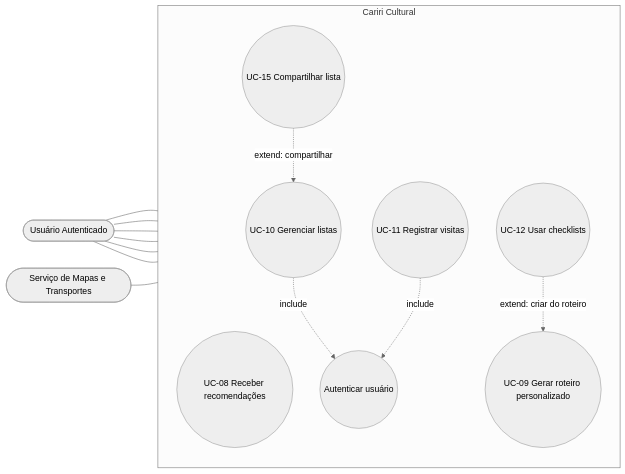
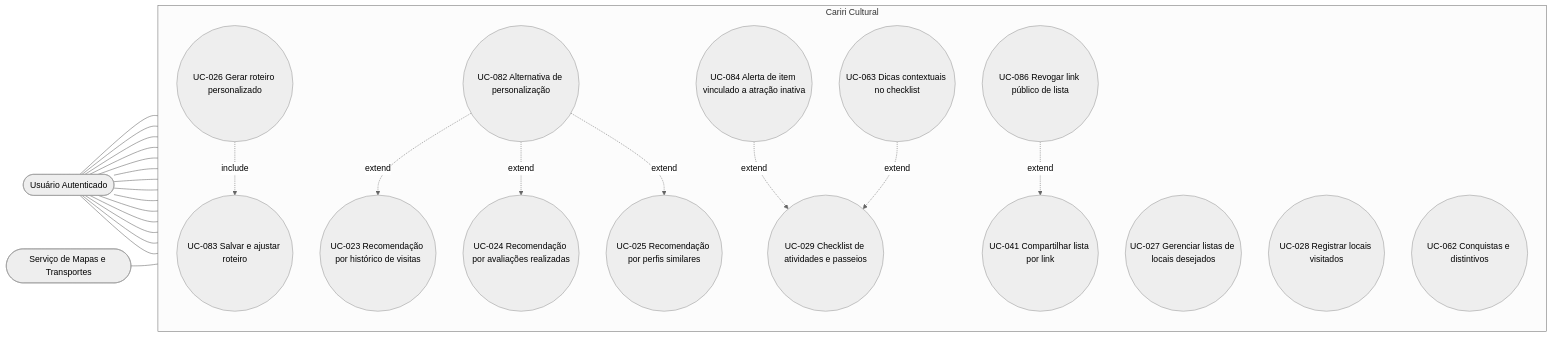
Before and after one commit to alan-mendes-ufca/CaririCultural: the eighth of 13 diagrams in home/user-cases/use-cases-diagram.md, drawn with Mermaid (neutral theme). The commit also changed other lines of this file and 5 other files, not shown here.

````diff
--- a/home/user-cases/use-cases-diagram.md
+++ b/home/user-cases/use-cases-diagram.md
@@ -159,31 +283,41 @@
 ```mermaid
 flowchart LR
     %% Atores
     U([Usuário Autenticado])
     MAP([Serviço de Mapas e Transportes])
 
     %% Fronteira
     subgraph CC [Cariri Cultural]
         direction TB
-        UC08((UC-08 Receber recomendações))
-        UC09((UC-09 Gerar roteiro personalizado))
-        UC10((UC-10 Gerenciar listas))
-        UC11((UC-11 Registrar visitas))
-        UC12((UC-12 Usar checklists))
-        UC15((UC-15 Compartilhar lista))
-
-        %% Includes
-        AUTH((Autenticar usuário))
+        UC023((UC-023 Recomendação por histórico de visitas))
+        UC024((UC-024 Recomendação por avaliações realizadas))
+        UC025((UC-025 Recomendação por perfis similares))
+        UC026((UC-026 Gerar roteiro personalizado))
+        UC027((UC-027 Gerenciar listas de locais desejados))
+        UC028((UC-028 Registrar locais visitados))
+        UC029((UC-029 Checklist de atividades e passeios))
+        UC041((UC-041 Compartilhar lista por link))
+        UC062((UC-062 Conquistas e distintivos))
+        UC063((UC-063 Dicas contextuais no checklist))
+        UC082((UC-082 Alternativa de personalização))
+        UC083((UC-083 Salvar e ajustar roteiro))
+        UC084((UC-084 Alerta de item vinculado a atração inativa))
+        UC086((UC-086 Revogar link público de lista))
     end
 
     %% Relações Ator -> Caso de Uso
-    U --- UC08 & UC09 & UC10 & UC11 & UC12 & UC15
-    MAP --- UC09
+    U --- UC023 & UC024 & UC025 & UC026 & UC027 & UC028 & UC029
+    U --- UC041 & UC062 & UC063 & UC082 & UC083 & UC084 & UC086
+    MAP --- UC026
 
-    %% Relações Include / Extend
-    UC10 -.->|include| AUTH
-    UC11 -.->|include| AUTH
+    %% Relações Include
+    UC026 -.->|include| UC083
 
-    UC15 -.->|extend: compartilhar| UC10
-    UC12 -.->|extend: criar do roteiro| UC09
+    %% Relações Extend
+    UC082 -.->|extend| UC023
+    UC082 -.->|extend| UC024
+    UC082 -.->|extend| UC025
+    UC084 -.->|extend| UC029
+    UC063 -.->|extend| UC029
+    UC086 -.->|extend| UC041
 ```
````
